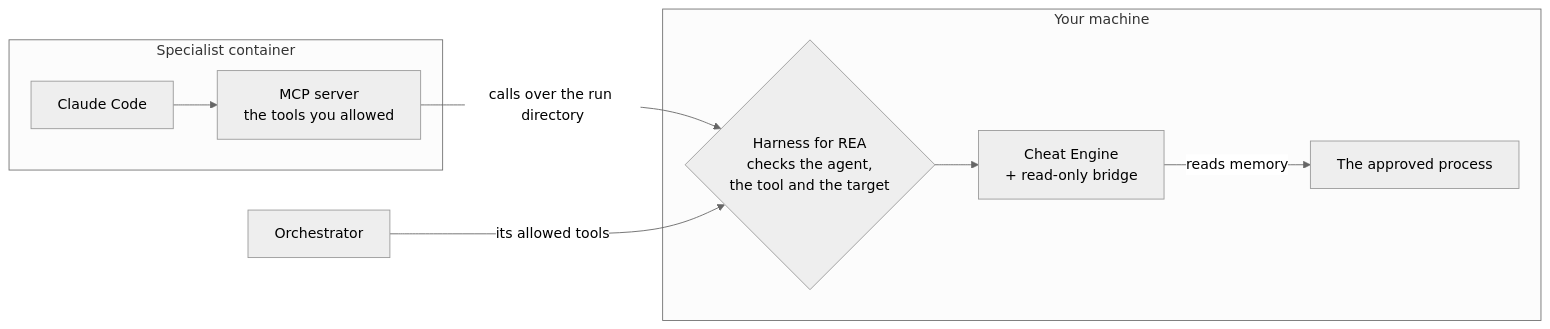
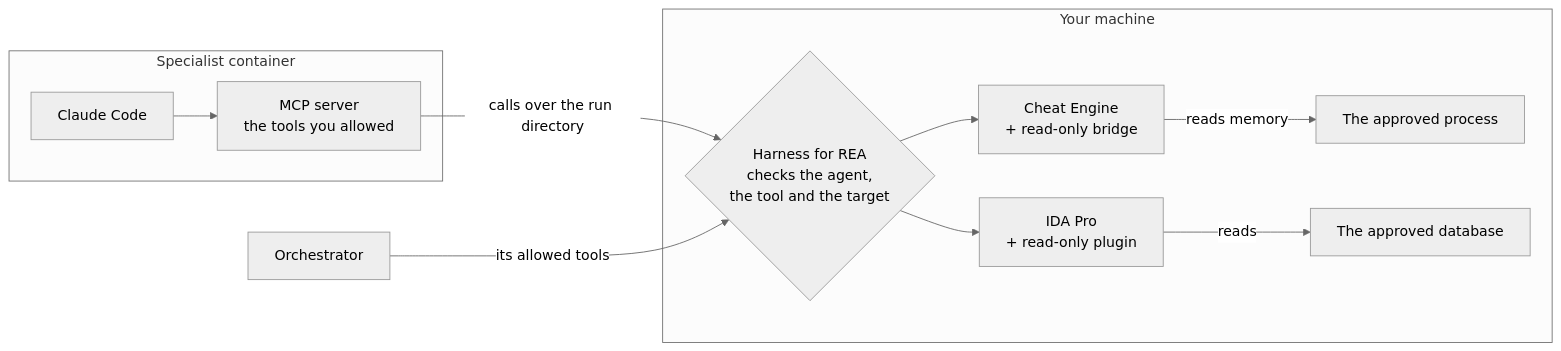
Before and after one commit to protonspy/harness-for-rea: the fifth of 8 diagrams in README.md, drawn with Mermaid (neutral theme). The commit also changed other lines of this file and 33 other files, not shown here.

First line of the commit message:
feat(integrations): add IDA Pro as a read-only MCP integration

````diff
--- a/README.md
+++ b/README.md
@@ -183,18 +186,22 @@
 ```mermaid
 flowchart LR
     subgraph specc["Specialist container"]
         cc["Claude Code"] --> mcp["MCP server<br/>the tools you allowed"]
     end
     orch["Orchestrator"]
 
     subgraph host["Your machine"]
         app{"Harness for REA<br/>checks the agent,<br/>the tool and the target"}
         ce["Cheat Engine<br/>+ read-only bridge"]
         proc["The approved process"]
+        ida["IDA Pro<br/>+ read-only plugin"]
+        idb["The approved database"]
     end
 
     mcp -- "calls over the run directory" --> app
     orch -- "its allowed tools" --> app
     app --> ce
     ce -- "reads memory" --> proc
+    app --> ida
+    ida -- "reads" --> idb
 ```
````
